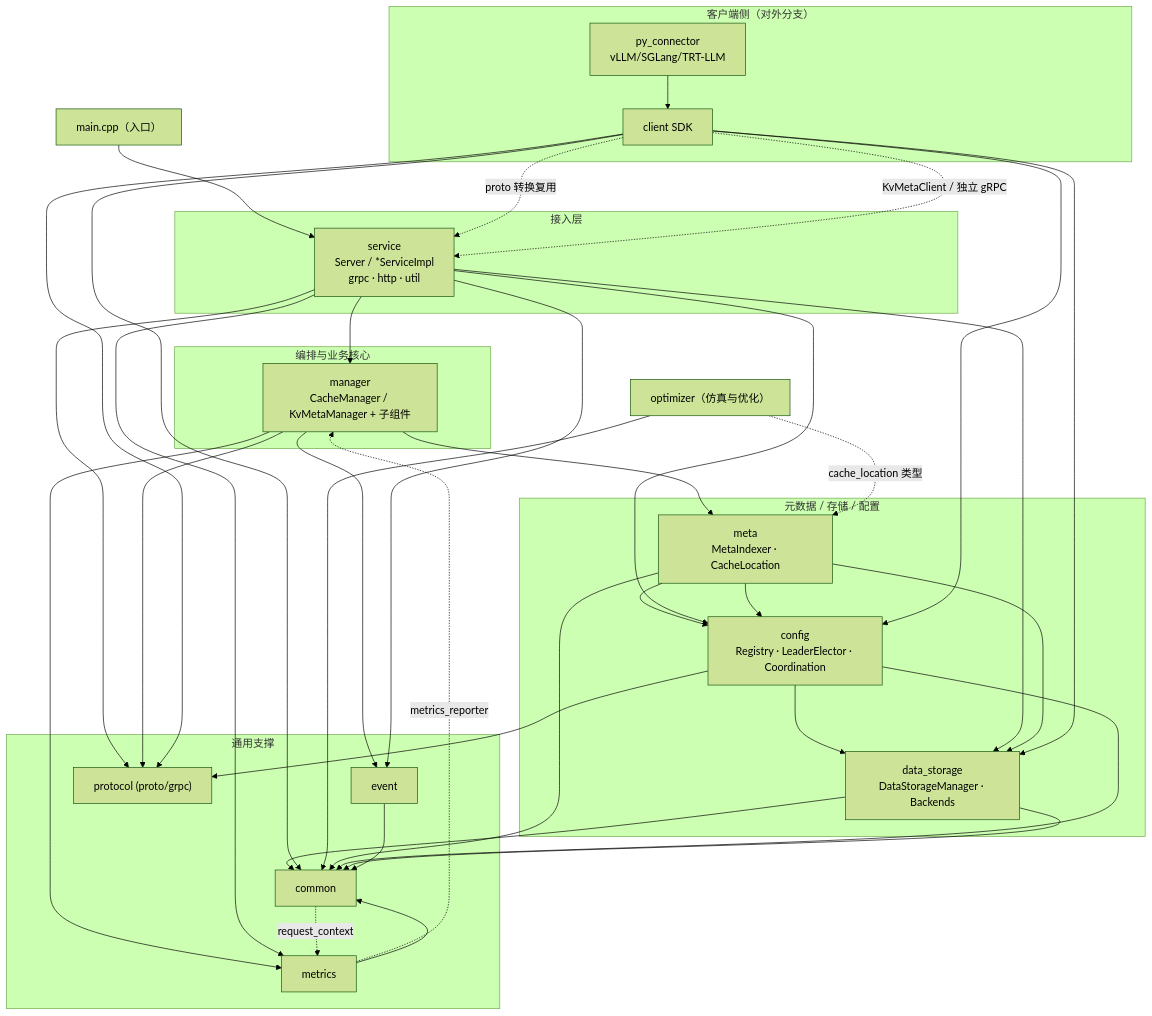
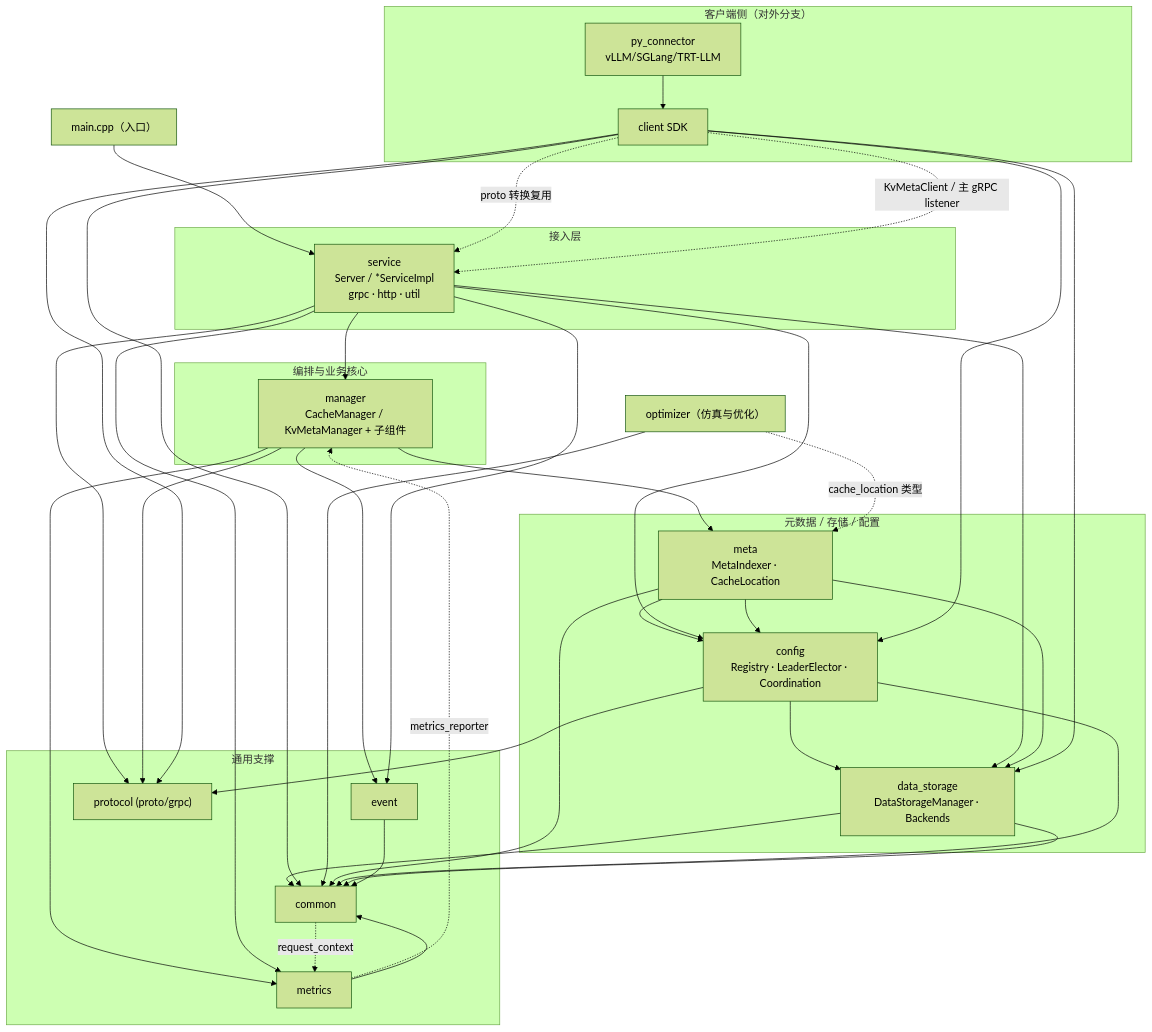
Before and after one commit to alibaba/tair-kvcache: the first of 3 diagrams in docs/design/module_architecture.md, drawn with Mermaid (forest theme). The commit also changed other lines of this file and 14 other files, not shown here.

Commit message:
[service] share KVMeta primary RPC listener

````diff
--- a/docs/design/module_architecture.md
+++ b/docs/design/module_architecture.md
@@ -106,72 +106,72 @@
 ```mermaid
 flowchart TD
     main["main.cpp（入口）"]
 
     subgraph access["接入层"]
         service["service<br/>Server / *ServiceImpl<br/>grpc · http · util"]
     end
 
     subgraph core["编排与业务核心"]
         manager["manager<br/>CacheManager / KvMetaManager + 子组件"]
     end
 
     subgraph dataplane["元数据 / 存储 / 配置"]
         meta["meta<br/>MetaIndexer · CacheLocation"]
         config["config<br/>Registry · LeaderElector · Coordination"]
         data_storage["data_storage<br/>DataStorageManager · Backends"]
     end
 
     subgraph crosscut["通用支撑"]
         metrics["metrics"]
         event["event"]
         protocol["protocol (proto/grpc)"]
         common["common"]
     end
 
     subgraph clientside["客户端侧（对外分支）"]
         client["client SDK"]
         py_connector["py_connector<br/>vLLM/SGLang/TRT-LLM"]
     end
 
     optimizer["optimizer（仿真与优化）"]
 
     %% 核心下降链（控制流）
     main --> service --> manager --> meta --> config --> data_storage --> common
 
     %% 通用支撑依赖
     manager --> event
     manager --> metrics
     service --> metrics
     service --> event
     service --> config
     service --> data_storage
     service --> protocol
     manager --> protocol
     config --> protocol
     meta --> config
     meta --> data_storage
 
     %% 有意的反向边（近似环，见 3.2）
     common -. request_context .-> metrics
     metrics -. metrics_reporter .-> manager
 
     %% 客户端分支
     py_connector --> client
     client --> config
     client --> data_storage
     client --> protocol
     client --> common
     client -. proto 转换复用 .-> service
-    client -. KvMetaClient / 独立 gRPC .-> service
+    client -. KvMetaClient / 主 gRPC listener .-> service
 
     %% optimizer 的关联
     optimizer -. cache_location 类型 .-> meta
     optimizer --> common
 
     %% 底层通用模块被广泛依赖
     meta --> common
     config --> common
     data_storage --> common
     metrics --> common
     event --> common
 ```
````
